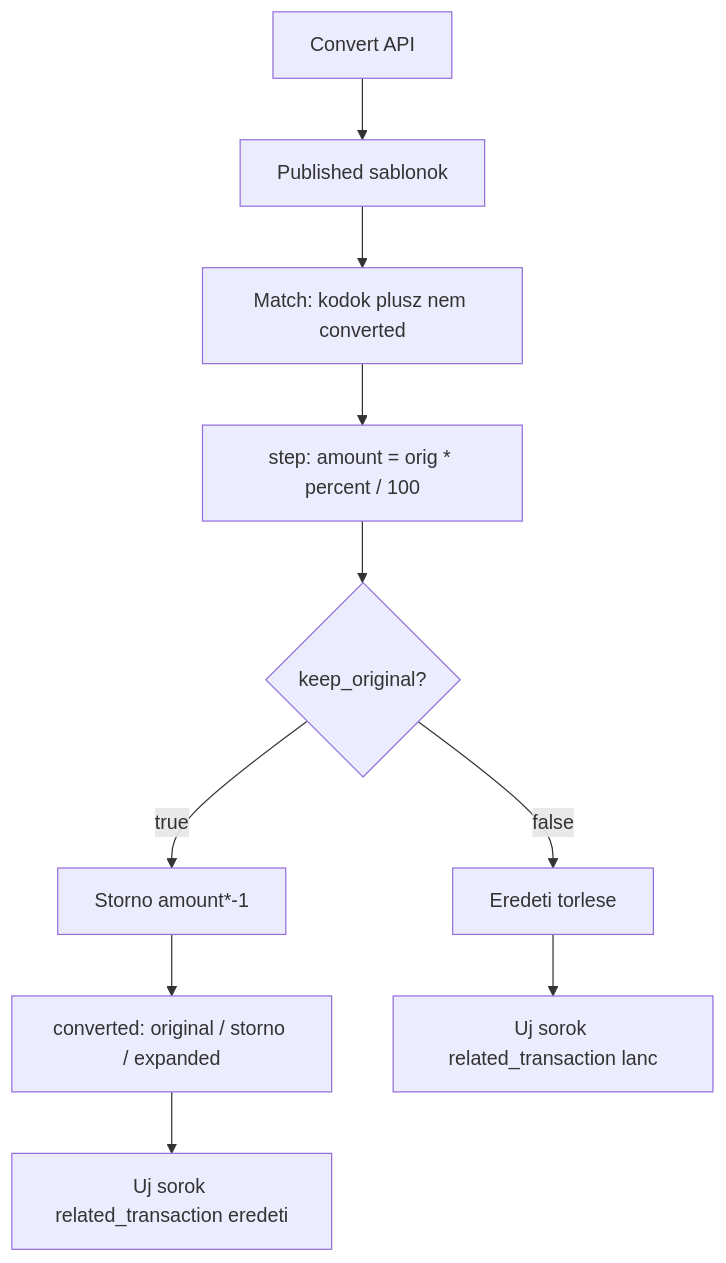
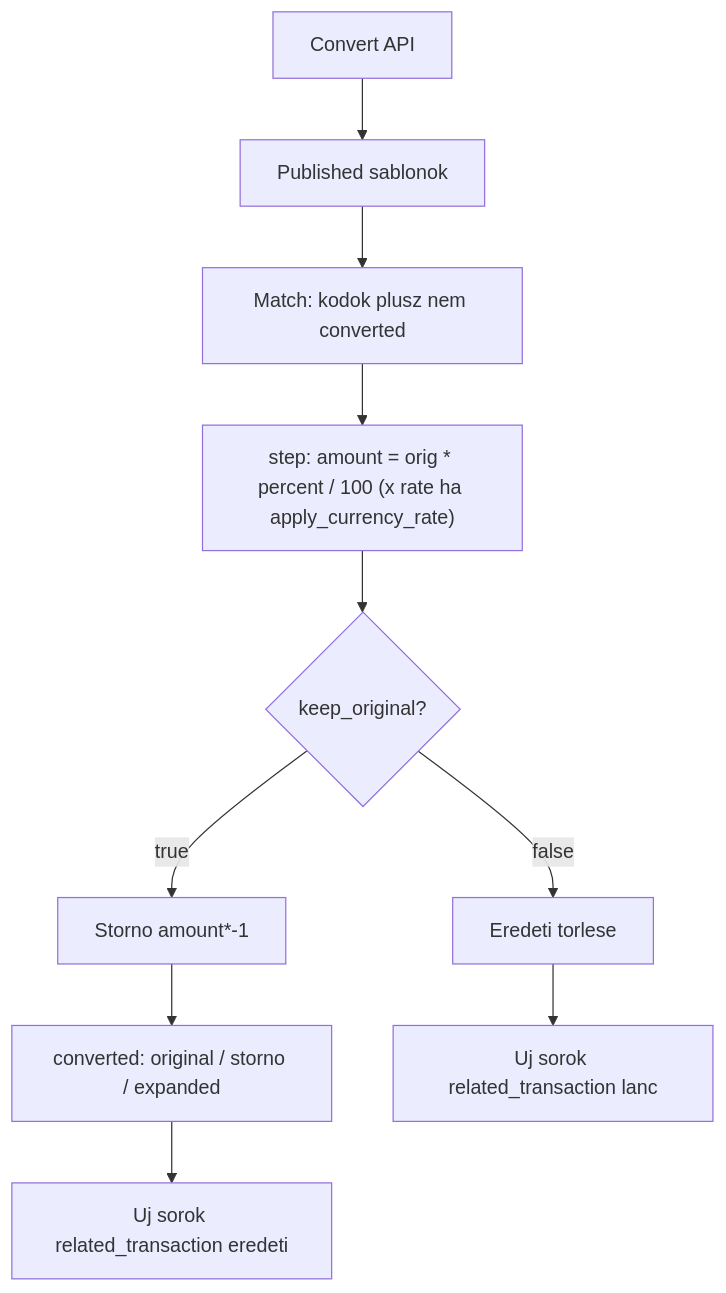
Diagram 15 of 15 in docs/transaction-workflow.md (pitiboy/curr), drawn with Mermaid before and after one commit. The commit also changed other lines of this file and 1 other file, not shown here.

````diff
--- a/docs/transaction-workflow.md
+++ b/docs/transaction-workflow.md
@@ -667,16 +687,16 @@
 ```mermaid
 flowchart TD
   api["Convert API"]
   loadWf["Published sablonok"]
   findTx["Match: kodok plusz nem converted"]
-  expand["step: amount = orig * percent / 100"]
+  expand["step: amount = orig * percent / 100 (x rate ha apply_currency_rate)"]
   keep{"keep_original?"}
   storno["Storno amount*-1"]
   mark["converted: original / storno / expanded"]
   linkKeep["Uj sorok related_transaction eredeti"]
   del["Eredeti torlese"]
   linkChain["Uj sorok related_transaction lanc"]
   api --> loadWf --> findTx --> expand --> keep
   keep -->|true| storno --> mark --> linkKeep
   keep -->|false| del --> linkChain
 ```
````
